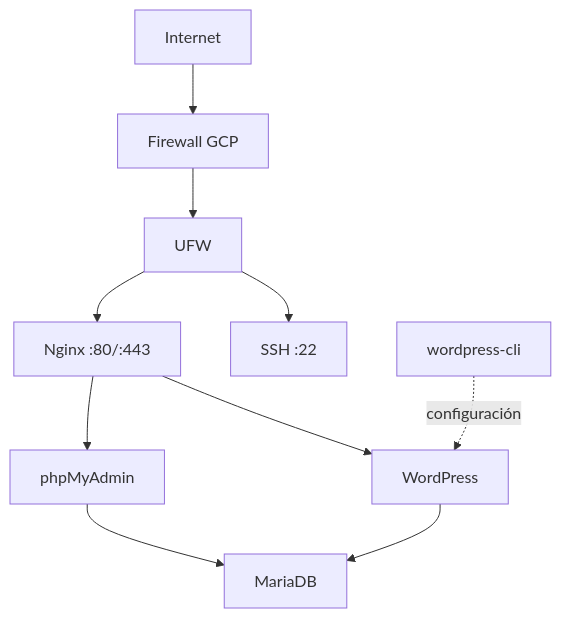
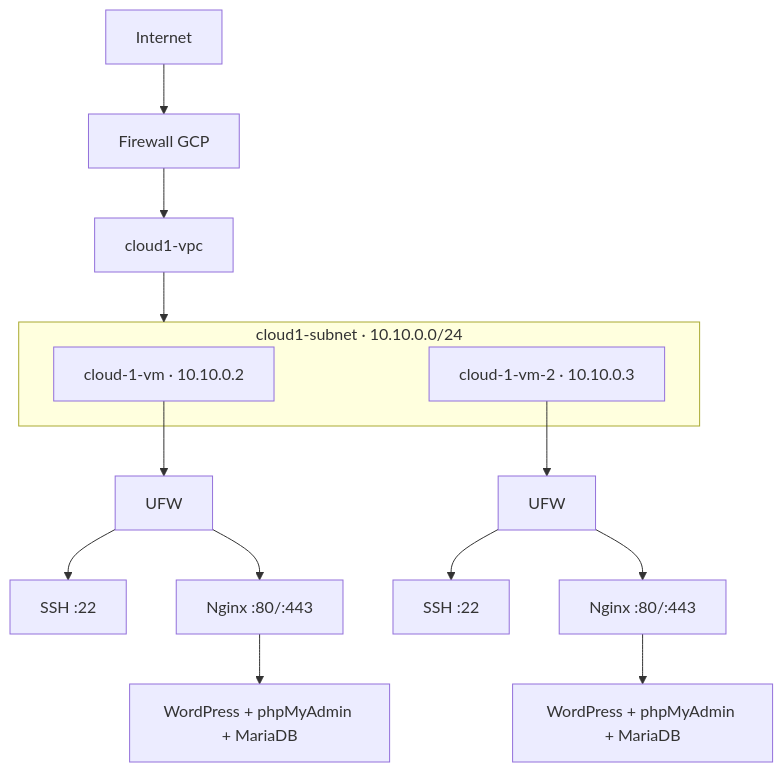
The second of 3 diagrams in README.md (Augustojrl92/cloud-1), drawn with Mermaid before and after one commit. The commit also changed other lines of this file, not shown here.

Commit message:
docs: update README with custom VPC

````diff
--- a/README.md
+++ b/README.md
@@ -58,12 +64,18 @@
 ```mermaid
 flowchart TB
     Internet["Internet"] --> GCPFW["Firewall GCP"]
-    GCPFW --> UFW["UFW"]
-    UFW --> SSH["SSH :22"]
-    UFW --> Nginx["Nginx :80/:443"]
-    Nginx --> WordPress["WordPress"]
-    Nginx --> PMA["phpMyAdmin"]
-    WordPress --> MariaDB["MariaDB"]
-    PMA --> MariaDB
-    WPCLI["wordpress-cli"] -. "configuración" .-> WordPress
+    GCPFW --> VPC["cloud1-vpc"]
+    subgraph SUBNET["cloud1-subnet · 10.10.0.0/24"]
+        VM1["cloud-1-vm · 10.10.0.2"]
+        VM2["cloud-1-vm-2 · 10.10.0.3"]
+    end
+    VPC --> SUBNET
+    VM1 --> UFW1["UFW"]
+    VM2 --> UFW2["UFW"]
+    UFW1 --> SSH1["SSH :22"]
+    UFW1 --> Nginx1["Nginx :80/:443"]
+    UFW2 --> SSH2["SSH :22"]
+    UFW2 --> Nginx2["Nginx :80/:443"]
+    Nginx1 --> App1["WordPress + phpMyAdmin + MariaDB"]
+    Nginx2 --> App2["WordPress + phpMyAdmin + MariaDB"]
 ```
````
